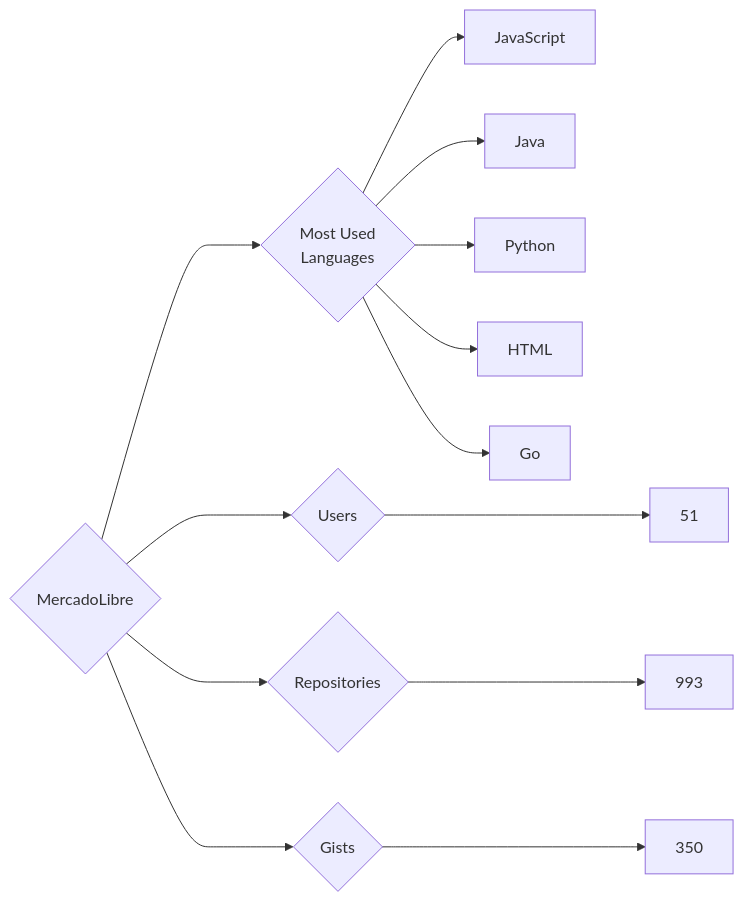
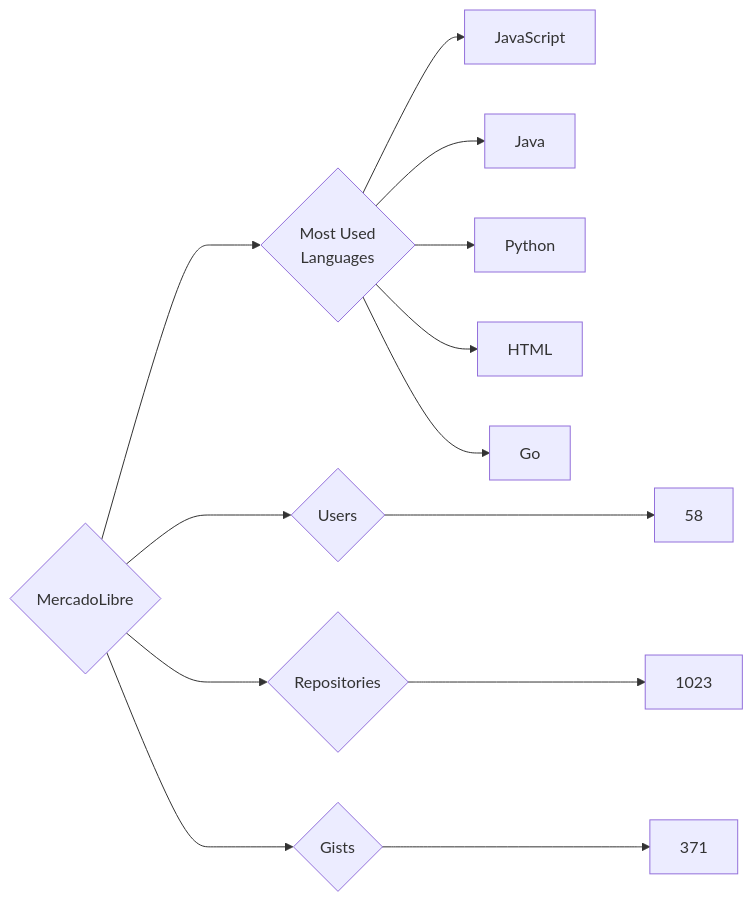
The diagram in targets/MercadoLibre/README.md (trickest/insiders), drawn with Mermaid before and after one commit. The commit also changed 806 other files, not shown here.

````diff
--- a/targets/MercadoLibre/README.md
+++ b/targets/MercadoLibre/README.md
@@ -3,13 +3,13 @@
 ```mermaid
 graph LR
 COMPANY_NAME{MercadoLibre}
-COMPANY_NAME ---> U{Users} ---> UN[51]
-COMPANY_NAME ---> R{Repositories} ---> RN[993]
-COMPANY_NAME ---> G{Gists} ---> GN[350]
+COMPANY_NAME ---> U{Users} ---> UN[58]
+COMPANY_NAME ---> R{Repositories} ---> RN[1023]
+COMPANY_NAME ---> G{Gists} ---> GN[371]
 COMPANY_NAME ---> ML{Most Used<br>Languages}
 ML --> JavaScript[JavaScript]
 ML --> Java[Java]
 ML --> Python[Python]
 ML --> HTML[HTML]
 ML --> Go[Go]
 ```
````
